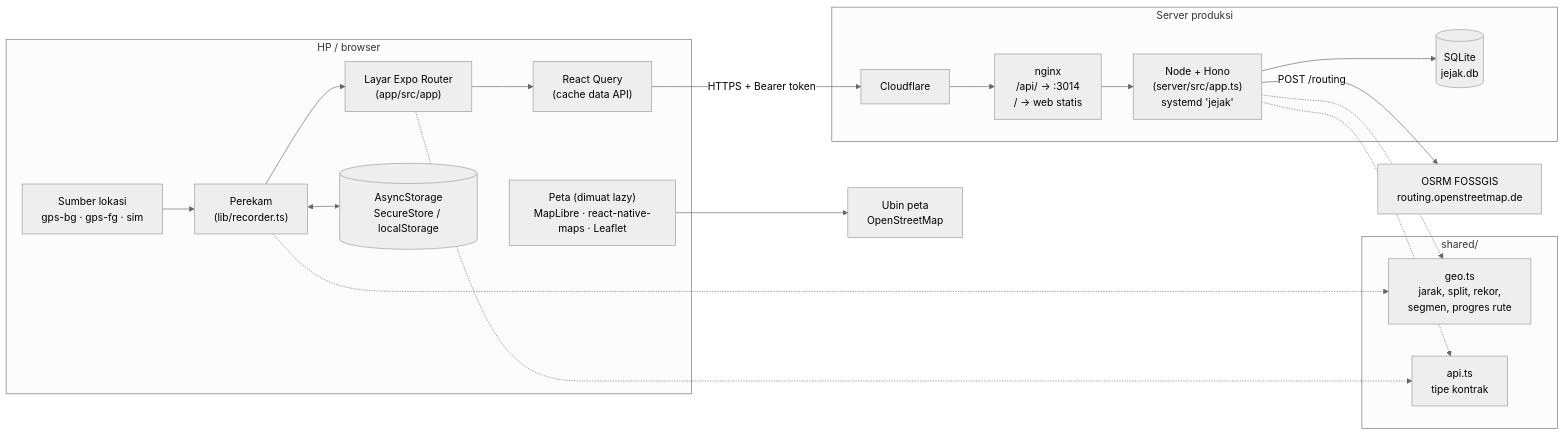
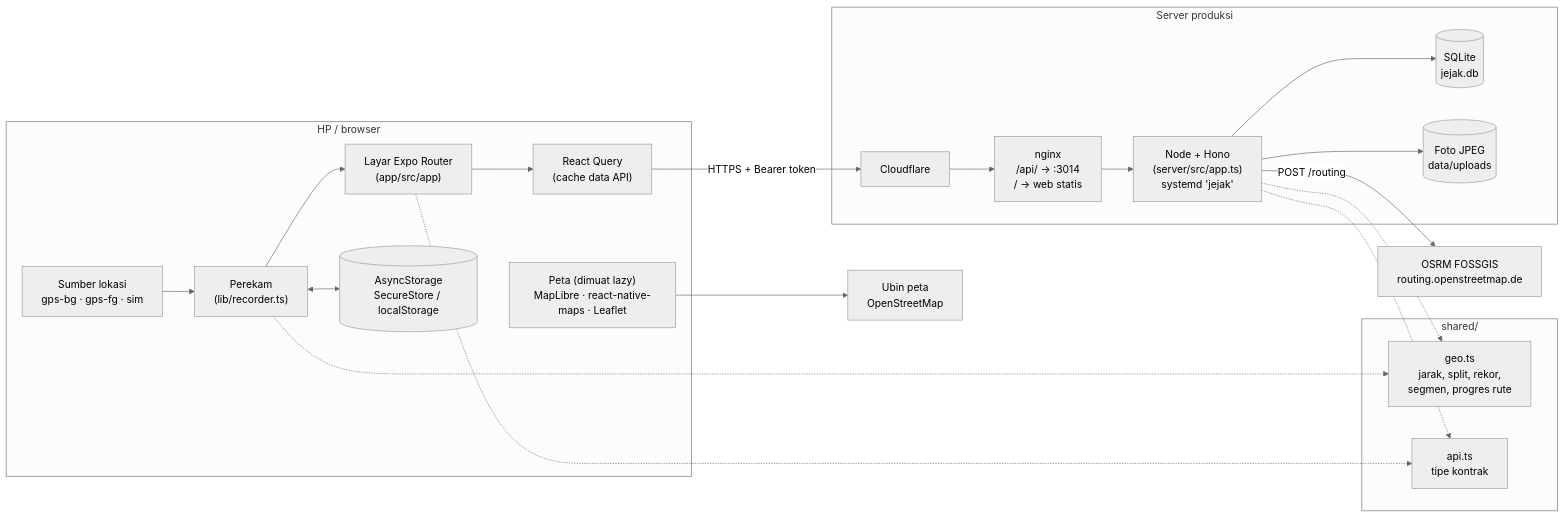
The diagram in docs/README.md (Masamune21-dev/Jejak), drawn with Mermaid (neutral theme) before and after one commit. The commit also changed other lines of this file and 23 other files, not shown here.

````diff
--- a/docs/README.md
+++ b/docs/README.md
@@ -48,37 +48,39 @@
 ```mermaid
 flowchart LR
   subgraph HP["HP / browser"]
     UI["Layar Expo Router<br/>(app/src/app)"]
     REC["Perekam<br/>(lib/recorder.ts)"]
     SRC["Sumber lokasi<br/>gps-bg · gps-fg · sim"]
     RQ["React Query<br/>(cache data API)"]
     MAP["Peta (dimuat lazy)<br/>MapLibre · react-native-maps · Leaflet"]
     STORE[("AsyncStorage<br/>SecureStore / localStorage")]
   end
 
   subgraph SHARED["shared/"]
     GEO["geo.ts<br/>jarak, split, rekor,<br/>segmen, progres rute"]
     TYPES["api.ts<br/>tipe kontrak"]
   end
 
   subgraph PROD["Server produksi"]
     CF["Cloudflare"]
     NGINX["nginx<br/>/api/ → :3014<br/>/ → web statis"]
     HONO["Node + Hono<br/>(server/src/app.ts)<br/>systemd 'jejak'"]
     DB[("SQLite<br/>jejak.db")]
+    UP[("Foto JPEG<br/>data/uploads")]
   end
 
   OSRM["OSRM FOSSGIS<br/>routing.openstreetmap.de"]
   ESRI["Ubin peta<br/>OpenStreetMap"]
 
   SRC --> REC --> UI
   REC <--> STORE
   UI --> RQ
   RQ -- "HTTPS + Bearer token" --> CF --> NGINX --> HONO --> DB
+  HONO --> UP
   HONO -- "POST /routing" --> OSRM
   MAP --> ESRI
   REC -.-> GEO
   HONO -.-> GEO
   UI -.-> TYPES
   HONO -.-> TYPES
 ```
````
